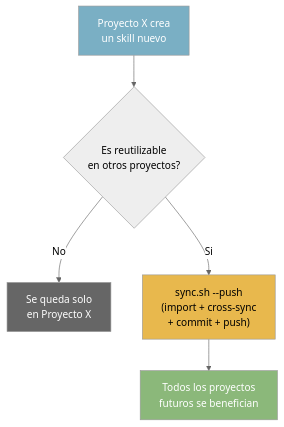
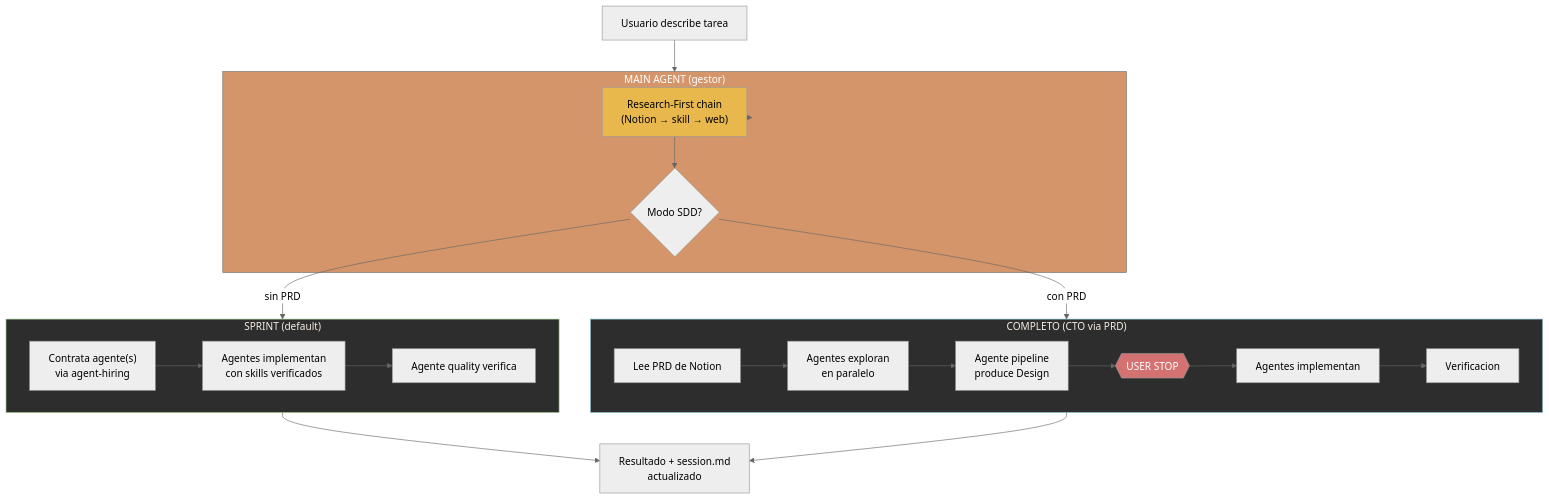
One commit to jota-batuta/batuta-dots changed the ninth of 14 diagrams in docs/architecture/arquitectura-diagrama.md. Above: the diagram before and after it, drawn with Mermaid (neutral theme). The commit also changed other lines of this file and 120 other files, not shown here.

First line of the commit message:
feat(v15): simplification refactor — contracts, PRD, 2 modes, research-first

````diff
--- a/docs/architecture/arquitectura-diagrama.md
+++ b/docs/architecture/arquitectura-diagrama.md
@@ -637,17 +314,39 @@
 ```mermaid
 flowchart TD
-    PROJECT["Proyecto X crea<br/>un skill nuevo"]
-    Q1{"Es reutilizable<br/>en otros proyectos?"}
-    STAYS["Se queda solo<br/>en Proyecto X"]
-    PUSH_CMD["sync.sh --push<br/>(import + cross-sync<br/>+ commit + push)"]
-    BENEFIT["Todos los proyectos<br/>futuros se benefician"]
+    USER["Usuario describe tarea"]
 
-    PROJECT --> Q1
-    Q1 -->|"No"| STAYS
-    Q1 -->|"Si"| PUSH_CMD --> BENEFIT
+    subgraph MAIN["MAIN AGENT (gestor)"]
+        RESEARCH["Research-First chain<br/>(Notion → skill → web)"]
+        CLASSIFY{"Modo SDD?"}
+    end
 
-    style PROJECT fill:#7AAFC4,color:#fff
-    style BENEFIT fill:#8BB87A,color:#fff
-    style STAYS fill:#666,color:#fff
-    style PUSH_CMD fill:#E8B84D,color:#000
+    subgraph SPRINT_FLOW["SPRINT (default)"]
+        S_HIRE["Contrata agente(s)<br/>via agent-hiring"]
+        S_APPLY_F["Agentes implementan<br/>con skills verificados"]
+        S_VERIFY_F["Agente quality verifica"]
+    end
+
+    subgraph COMPLETO_FLOW["COMPLETO (CTO via PRD)"]
+        C_PRD["Lee PRD de Notion"]
+        C_EXPLORE_F["Agentes exploran<br/>en paralelo"]
+        C_DESIGN_F["Agente pipeline<br/>produce Design"]
+        C_GATE_F{{"USER STOP"}}
+        C_APPLY_F["Agentes implementan"]
+        C_VERIFY_F["Verificacion"]
+    end
+
+    RESULT["Resultado + session.md<br/>actualizado"]
+
+    USER --> MAIN --> RESEARCH --> CLASSIFY
+    CLASSIFY -->|"sin PRD"| SPRINT_FLOW --> RESULT
+    CLASSIFY -->|"con PRD"| COMPLETO_FLOW --> RESULT
+
+    S_HIRE --> S_APPLY_F --> S_VERIFY_F
+    C_PRD --> C_EXPLORE_F --> C_DESIGN_F --> C_GATE_F --> C_APPLY_F --> C_VERIFY_F
+
+    style MAIN fill:#D4956A,color:#fff
+    style SPRINT_FLOW fill:#2d2d2d,stroke:#8BB87A,color:#F5EDE4
+    style COMPLETO_FLOW fill:#2d2d2d,stroke:#7AAFC4,color:#F5EDE4
+    style C_GATE_F fill:#D47272,color:#fff
+    style RESEARCH fill:#E8B84D,color:#000
 ```
````
